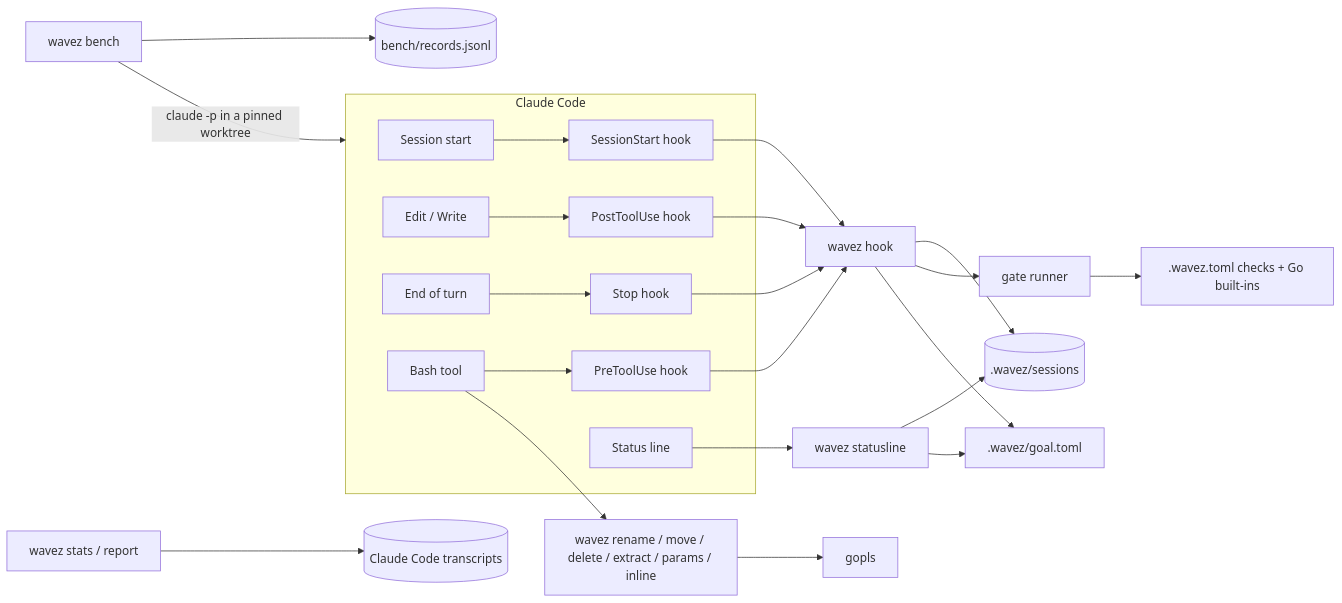
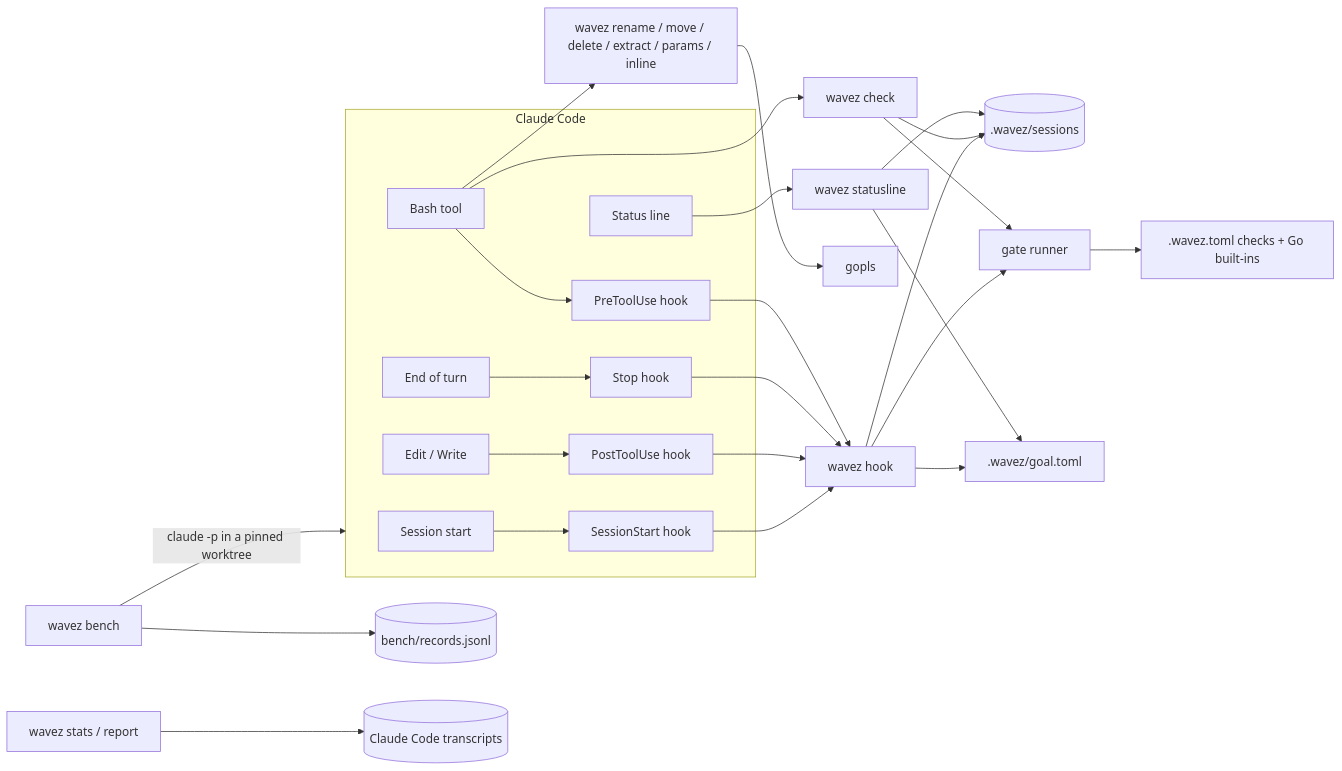
Before and after one commit to KyleKing/wavez: the diagram in DESIGN.md, drawn with Mermaid. The commit also changed other lines of this file and 1 other file, not shown here.

First line of the commit message:
docs: describe wavez check, parallel and reused checks, jj, and their timings

````diff
--- a/DESIGN.md
+++ b/DESIGN.md
@@ -48,26 +48,29 @@
 ```mermaid
 flowchart LR
     subgraph harness [Claude Code]
         Start[Session start] --> SS[SessionStart hook]
         Edit[Edit / Write] --> Post[PostToolUse hook]
         Turn[End of turn] --> Stop[Stop hook]
         Bash[Bash tool] --> Pre[PreToolUse hook]
         Line[Status line]
     end
     SS --> H[wavez hook]
     Post --> H
     Stop --> H
     Pre --> H
     H --> S[(.wavez/sessions)]
     H --> G[gate runner]
     H --> Goal[.wavez/goal.toml]
     G --> C[.wavez.toml checks + Go built-ins]
+    Bash --> K[wavez check]
+    K --> G
+    K --> S
     Bash --> R[wavez rename / move / delete / extract / params / inline]
     R --> gopls
     Line --> SL[wavez statusline]
     SL --> S
     SL --> Goal
     B[wavez bench] -->|claude -p in a pinned worktree| harness
     B --> Rec[(bench/records.jsonl)]
     T[wavez stats / report] --> Tr[(Claude Code transcripts)]
 ```
````
